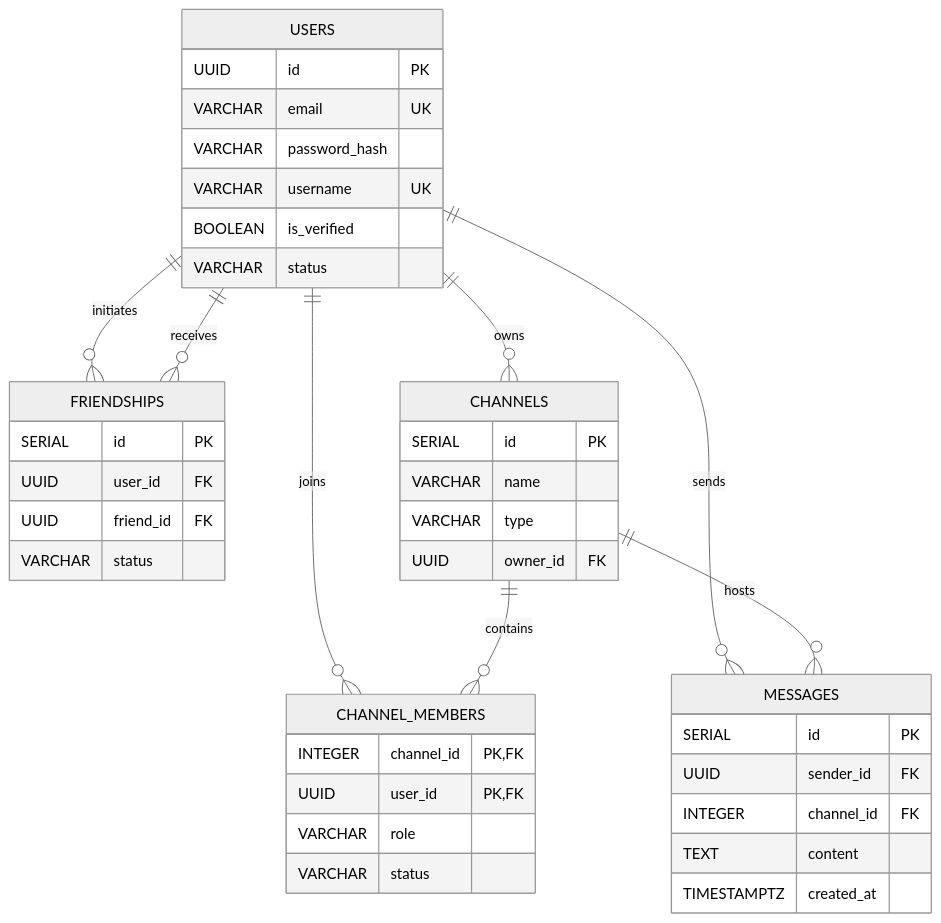
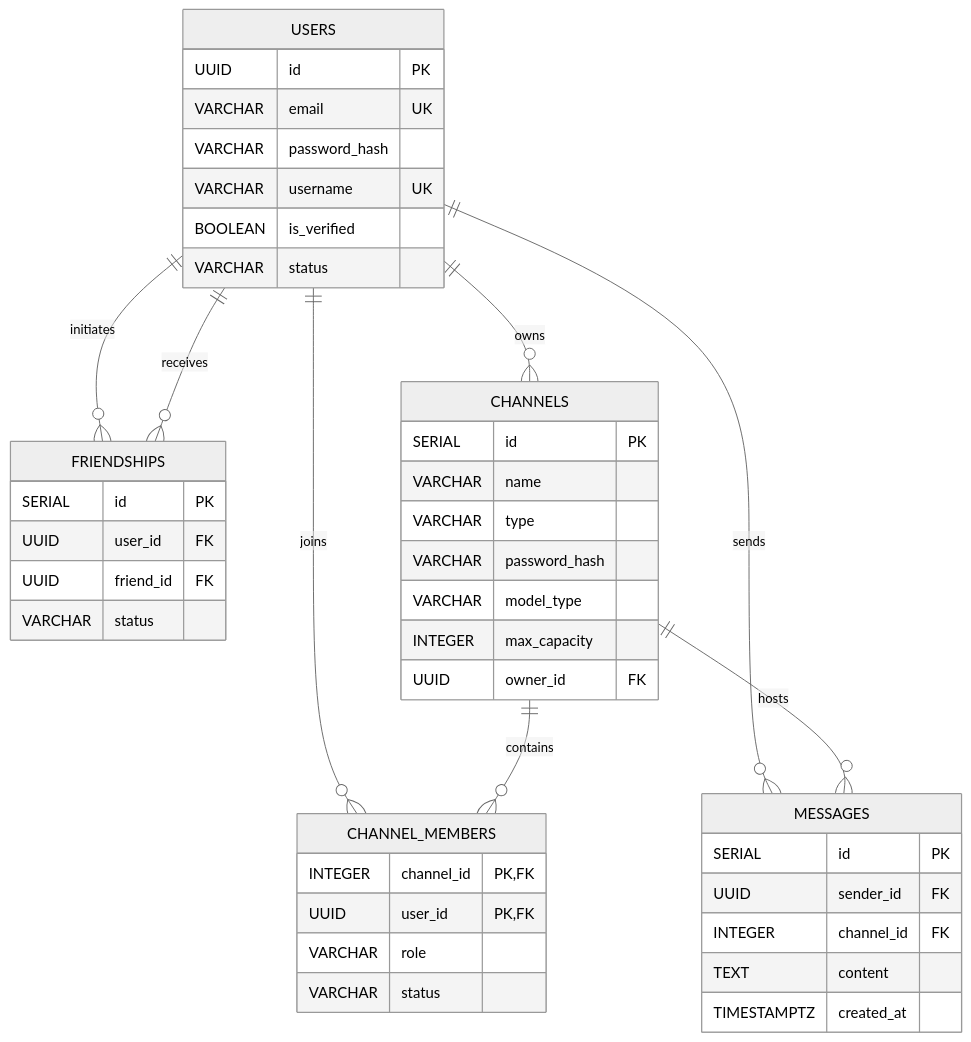
Before and after one commit to haiuaki/ft_transcendence: the diagram in README.md, drawn with Mermaid (neutral theme). The commit also changed 7 other files, not shown here.

First line of the commit message:
feat(rooms): implement 3D model capacity limits and secure lobby API (#30)

````diff
--- a/README.md
+++ b/README.md
@@ -117,44 +117,47 @@
 ```mermaid
 erDiagram
     USERS ||--o{ FRIENDSHIPS : "initiates"
     USERS ||--o{ FRIENDSHIPS : "receives"
     USERS ||--o{ CHANNELS : "owns"
     USERS ||--o{ CHANNEL_MEMBERS : "joins"
     USERS ||--o{ MESSAGES : "sends"
     CHANNELS ||--o{ CHANNEL_MEMBERS : "contains"
     CHANNELS ||--o{ MESSAGES : "hosts"
 
     USERS {
         UUID id PK
         VARCHAR email UK
         VARCHAR password_hash
         VARCHAR username UK
         BOOLEAN is_verified
         VARCHAR status
     }
     FRIENDSHIPS {
         SERIAL id PK
         UUID user_id FK
         UUID friend_id FK
         VARCHAR status
     }
     CHANNELS {
         SERIAL id PK
         VARCHAR name
         VARCHAR type
+        VARCHAR password_hash
+        VARCHAR model_type
+        INTEGER max_capacity
         UUID owner_id FK
     }
     CHANNEL_MEMBERS {
         INTEGER channel_id PK, FK
         UUID user_id PK, FK
         VARCHAR role
         VARCHAR status
     }
     MESSAGES {
         SERIAL id PK
         UUID sender_id FK
         INTEGER channel_id FK
         TEXT content
         TIMESTAMPTZ created_at
     }
 ```
````
